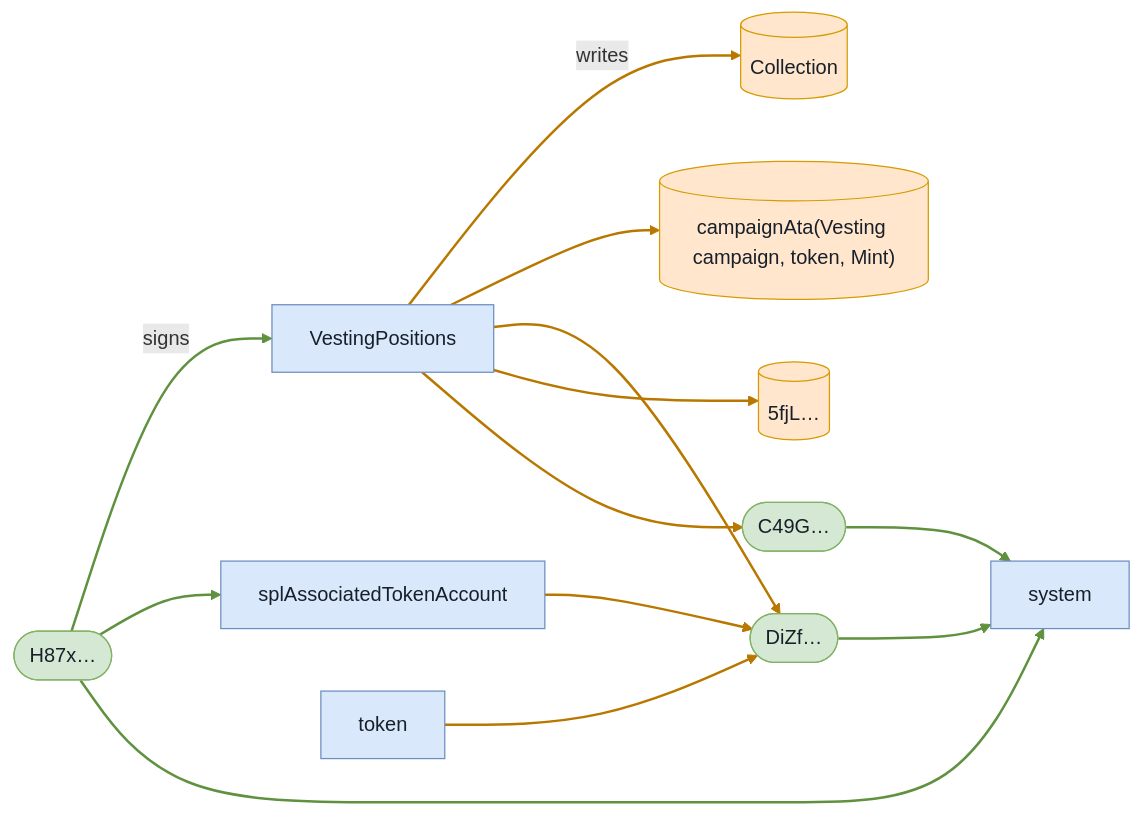
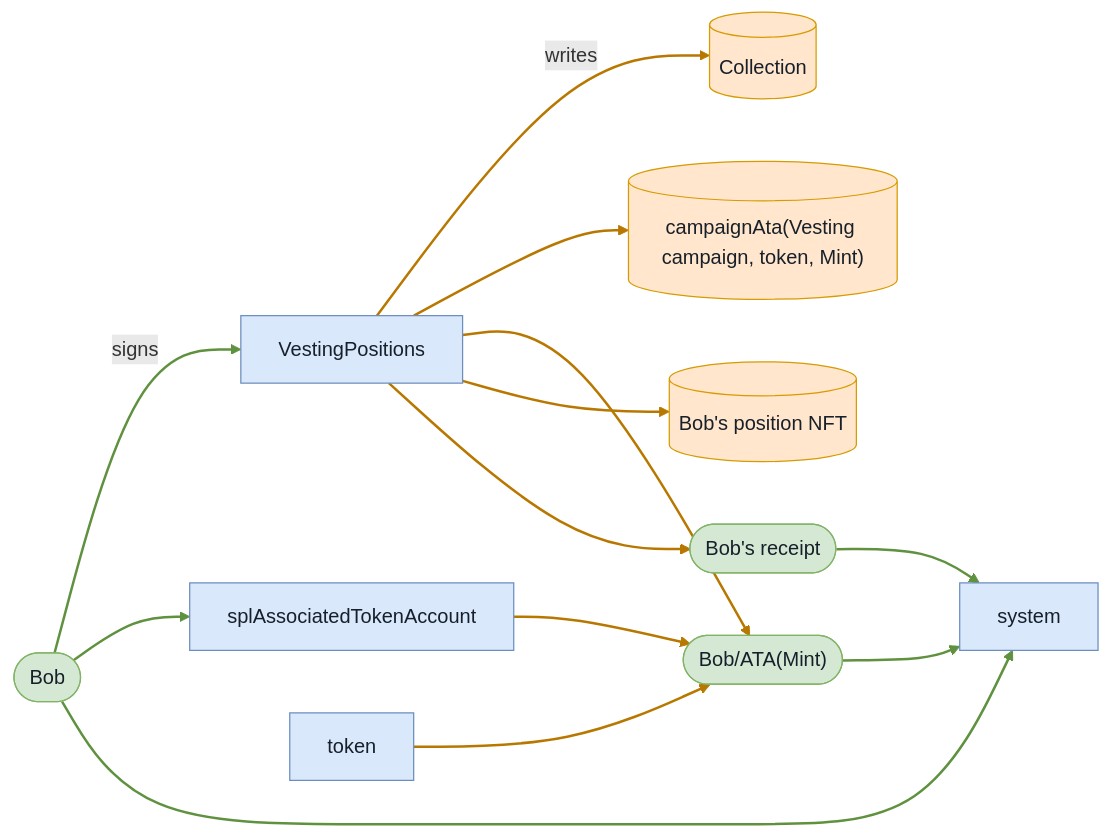
Before and after one commit to cds-turbin3/vesting-position: diagram 11 of 12 in babelfish-tests/test-report/scenario_9_claim_window_closes_after_grace.md, drawn with Mermaid. The commit also changed other lines of this file and 104 other files, not shown here.

````diff
--- a/babelfish-tests/test-report/scenario_9_claim_window_closes_after_grace.md
+++ b/babelfish-tests/test-report/scenario_9_claim_window_closes_after_grace.md
@@ -541,30 +540,30 @@
 ```mermaid
 flowchart LR
     VestingPositions["VestingPositions"]:::program
-    H87x(["H87x…"]):::signer
+    Bob(["Bob"]):::signer
     Collection[("Collection")]:::state
     campaignAtaVestingcampaigntokenMint[("campaignAta(Vesting campaign, token, Mint)")]:::state
-    DiZf(["DiZf…"]):::signer
-    n5fjL[("5fjL…")]:::state
-    C49G(["C49G…"]):::signer
+    BobATAMint(["Bob/ATA(Mint)"]):::signer
+    BobspositionNFT[("Bob's position NFT")]:::state
+    Bobsreceipt(["Bob's receipt"]):::signer
     splAssociatedTokenAccount["splAssociatedTokenAccount"]:::program
     token["token"]:::program
     system["system"]:::program
-    H87x -->|signs| VestingPositions
+    Bob -->|signs| VestingPositions
     VestingPositions -->|writes| Collection
     VestingPositions --> campaignAtaVestingcampaigntokenMint
-    VestingPositions --> DiZf
-    VestingPositions --> n5fjL
-    VestingPositions --> C49G
-    H87x --> splAssociatedTokenAccount
-    splAssociatedTokenAccount --> DiZf
-    H87x --> system
-    DiZf --> system
-    token --> DiZf
-    C49G --> system
+    VestingPositions --> BobATAMint
+    VestingPositions --> BobspositionNFT
+    VestingPositions --> Bobsreceipt
+    Bob --> splAssociatedTokenAccount
+    splAssociatedTokenAccount --> BobATAMint
+    Bob --> system
+    BobATAMint --> system
+    token --> BobATAMint
+    Bobsreceipt --> system
     classDef program fill:#dae8fc,stroke:#6c8ebf,color:#17202a;
     classDef signer fill:#d5e8d4,stroke:#82b366,color:#17202a;
     classDef state fill:#ffe6cc,stroke:#d79b00,color:#17202a;
     linkStyle 0,6,8,9,11 stroke:#5f913f,stroke-width:2px
     linkStyle 1,2,3,4,5,7,10 stroke:#b87800,stroke-width:2px
 ```
````
